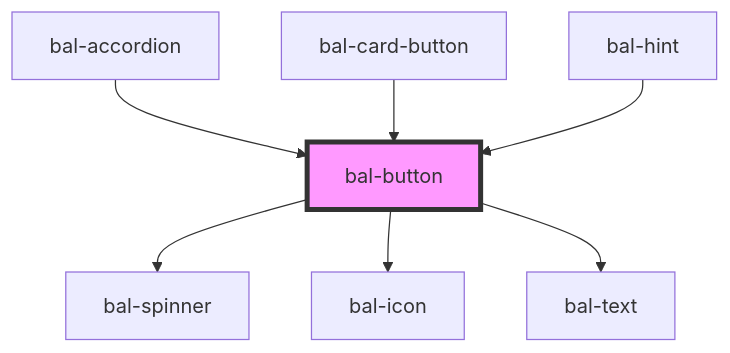
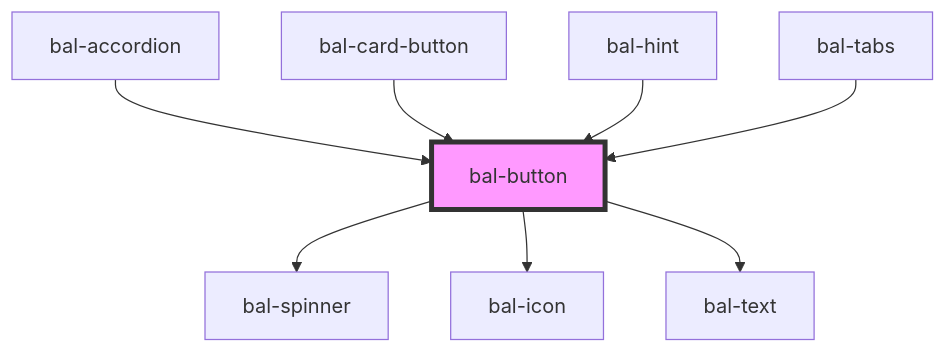
Before and after one commit to baloise/ui-library-next: the diagram in packages/library/src/components/bal-button/readme.md, drawn with Mermaid. The commit also changed other lines of this file and 16 other files, not shown here.

````diff
--- a/packages/library/src/components/bal-button/readme.md
+++ b/packages/library/src/components/bal-button/readme.md
@@ -45,10 +46,11 @@
 ```mermaid
 graph TD;
   bal-button --> bal-spinner
   bal-button --> bal-icon
   bal-button --> bal-text
   bal-accordion --> bal-button
   bal-card-button --> bal-button
   bal-hint --> bal-button
+  bal-tabs --> bal-button
   style bal-button fill:#f9f,stroke:#333,stroke-width:4px
 ```
````
